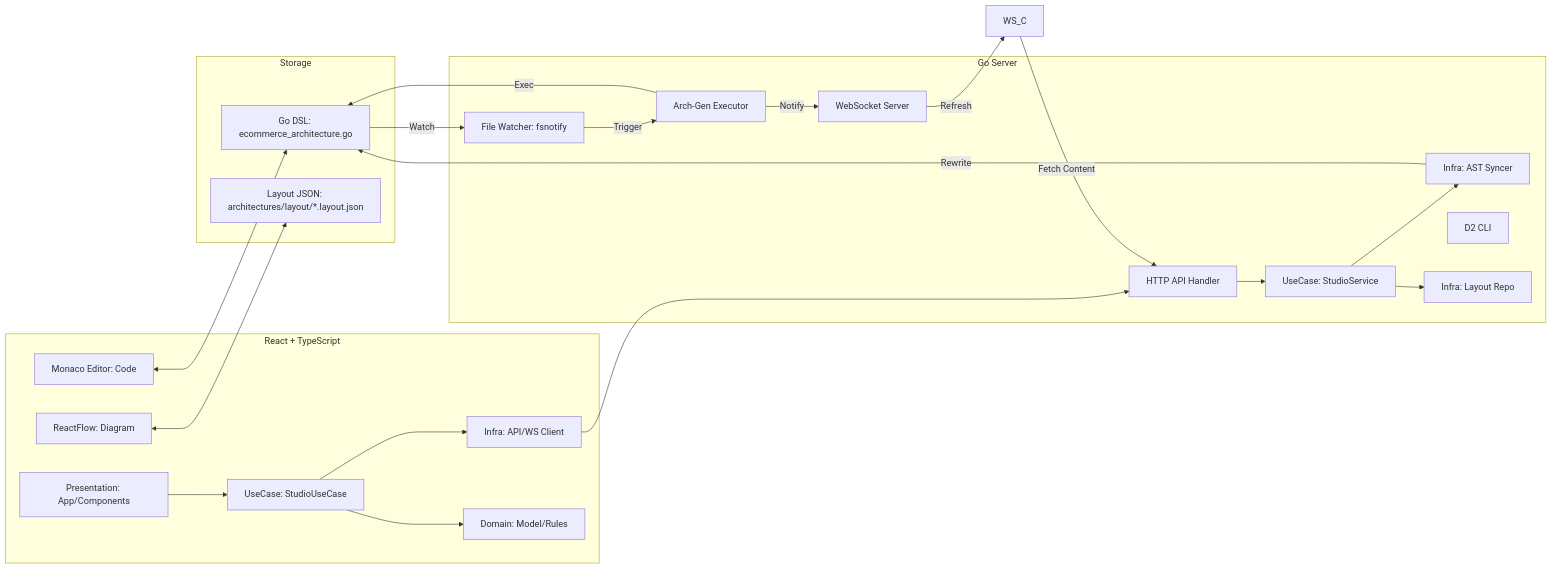
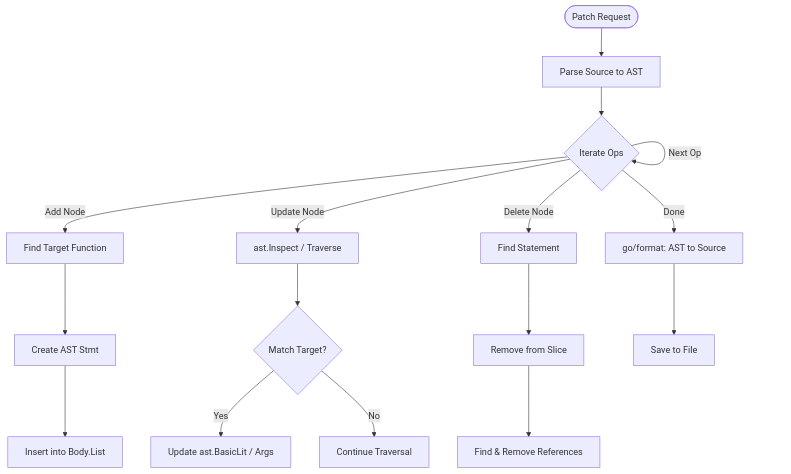
Before and after one commit to sokoide/advent-of-calm-2025: the second of 2 diagrams in go/docs/ARCH_ja.md, drawn with Mermaid. The commit also changed other lines of this file and 6 other files, not shown here.

````diff
--- a/go/docs/ARCH_ja.md
+++ b/go/docs/ARCH_ja.md
@@ -9,44 +141,22 @@
 ```mermaid
-graph LR
-    subgraph Frontend [React + TypeScript]
-        RF[ReactFlow: Diagram]
-        ME[Monaco Editor: Code]
-        UI[Presentation: App/Components]
-        UC_FE[UseCase: StudioUseCase]
-        INF_FE[Infra: API/WS Client]
-        DOM_FE[Domain: Model/Rules]
-    end
+flowchart TD
+    Start([Patch Request]) --> Parse[Parse Source to AST]
+    Parse --> PatchLoop{Iterate Ops}
 
-    subgraph Backend [Go Server]
-        HTTP[HTTP API Handler]
-        WS_S[WebSocket Server]
-        FSW[File Watcher: fsnotify]
-        UC[UseCase: StudioService]
-        AST[Infra: AST Syncer]
-        GEN[Arch-Gen Executor]
-        D2[D2 CLI]
-        LYT_REPO[Infra: Layout Repo]
-    end
+    PatchLoop -- Add Node --> FindFunc[Find Target Function]
+    FindFunc --> CreateStmt[Create AST Stmt]
+    CreateStmt --> InsertStmt[Insert into Body.List]
 
-    subgraph Filesystem [Storage]
-        DSL[Go DSL: ecommerce_architecture.go]
-        LYT[Layout JSON: architectures/layout/*.layout.json]
-    end
+    PatchLoop -- Update Node --> Inspect[ast.Inspect / Traverse]
+    Inspect --> Match{Match Target?}
+    Match -- Yes --> Modify[Update ast.BasicLit / Args]
+    Match -- No --> Continue[Continue Traversal]
 
-    ME <--> DSL
-    RF <--> LYT
-    UI --> UC_FE
-    UC_FE --> INF_FE
-    UC_FE --> DOM_FE
-    INF_FE --> HTTP
-    HTTP --> UC
-    UC --> AST
-    UC --> LYT_REPO
-    AST -- "Rewrite" --> DSL
-    DSL -- "Watch" --> FSW
-    FSW -- "Trigger" --> GEN
-    GEN -- "Exec" --> DSL
-    GEN -- "Notify" --> WS_S
-    WS_S -- "Refresh" --> WS_C
-    WS_C -- "Fetch Content" --> HTTP
+    PatchLoop -- Delete Node --> FindStmt[Find Statement]
+    FindStmt --> Remove[Remove from Slice]
+    Remove --> Cascade[Find & Remove References]
+
+    PatchLoop -- Next Op --> PatchLoop
+    PatchLoop -- Done --> Format[go/format: AST to Source]
+    Format --> Save[Save to File]
 ```
````
